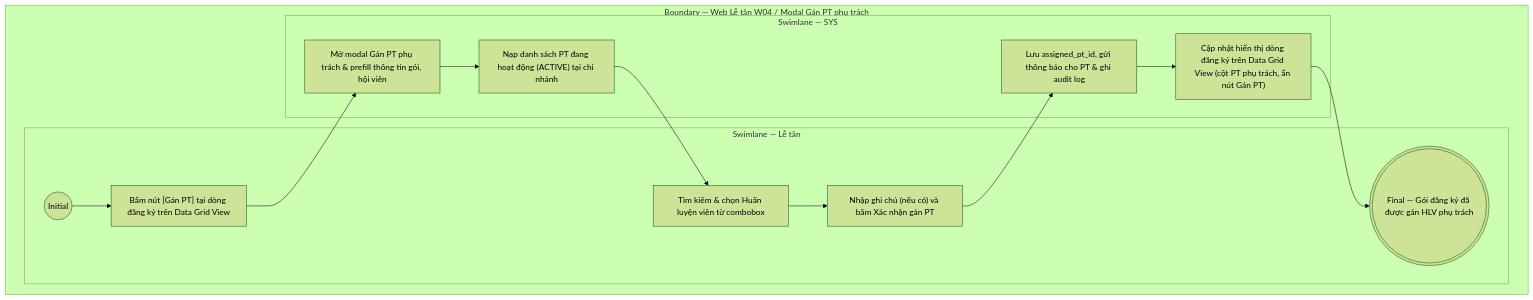
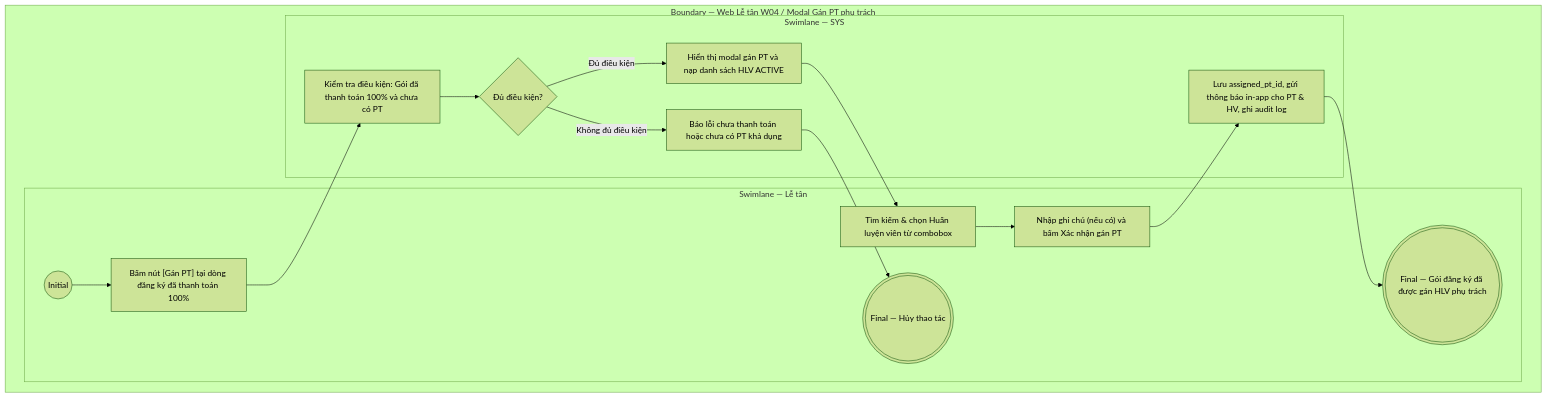
Before and after one commit to ThachY-23120411/Paradise-Gym-v2: the diagram in docs/user-stories/le-tan/LT-W04-Đăng ký & gia hạn/LT-W04-US05-Gán PT phụ trách cho gói đăng ký.md, drawn with Mermaid (forest theme). The commit also changed other lines of this file and 294 other files, not shown here.

````diff
--- a/docs/user-stories/le-tan/LT-W04-Đăng ký & gia hạn/LT-W04-US05-Gán PT phụ trách cho gói đăng ký.md
+++ b/docs/user-stories/le-tan/LT-W04-Đăng ký & gia hạn/LT-W04-US05-Gán PT phụ trách cho gói đăng ký.md
@@ -52,21 +47,25 @@
 ```mermaid
 flowchart TB
   subgraph B["Boundary — Web Lễ tân W04 / Modal Gán PT phụ trách"]
     subgraph L0["Swimlane — Lễ tân"]
       I01(("Initial"))
-      A01["Bấm nút [Gán PT] tại dòng đăng ký trên Data Grid View"]
+      A01["Bấm nút [Gán PT] tại dòng đăng ký đã thanh toán 100%"]
       A02["Tìm kiếm & chọn Huấn luyện viên từ combobox"]
       A03["Nhập ghi chú (nếu có) và bấm Xác nhận gán PT"]
       F01((("Final — Gói đăng ký đã được gán HLV phụ trách")))
-      I01 --> A01
+      F02((("Final — Hủy thao tác")))
     end
+
     subgraph L1["Swimlane — SYS"]
-      S01["Mở modal Gán PT phụ trách & prefill thông tin gói, hội viên"]
-      S02["Nạp danh sách PT đang hoạt động (ACTIVE) tại chi nhánh"]
-      S03["Lưu assigned_pt_id, gửi thông báo cho PT & ghi audit log"]
-      S04["Cập nhật hiển thị dòng đăng ký trên Data Grid View (cột PT phụ trách, ẩn nút Gán PT)"]
-      
-      A01 --> S01 --> S02 --> A02 --> A03 --> S03 --> S04 --> F01
+      S01["Kiểm tra điều kiện: Gói đã thanh toán 100% và chưa có PT"]
+      D01{"Đủ điều kiện?"}
+      S02["Hiển thị modal gán PT và nạp danh sách HLV ACTIVE"]
+      S03["Lưu assigned_pt_id, gửi thông báo in-app cho PT & HV, ghi audit log"]
+      S04["Báo lỗi chưa thanh toán hoặc chưa có PT khả dụng"]
+
+      I01 --> A01 --> S01 --> D01
+      D01 -->|Đủ điều kiện| S02 --> A02 --> A03 --> S03 --> F01
+      D01 -->|Không đủ điều kiện| S04 --> F02
     end
   end
 ```
````
